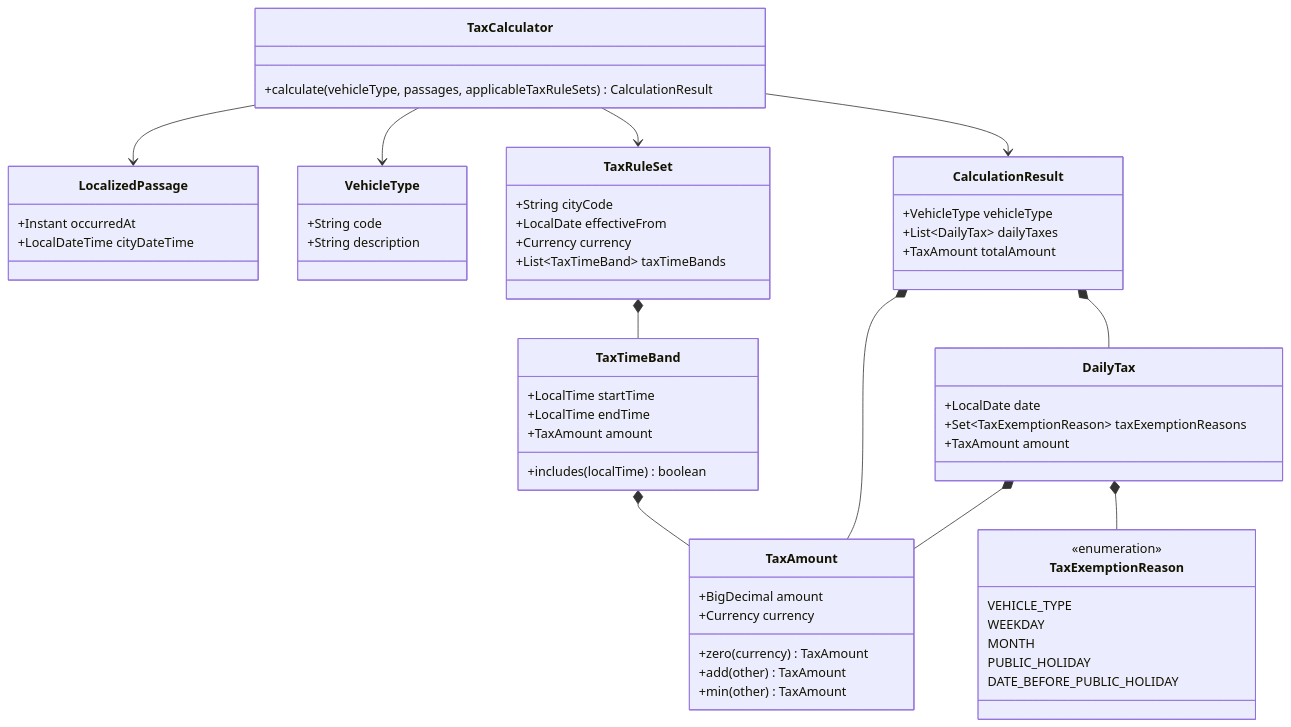
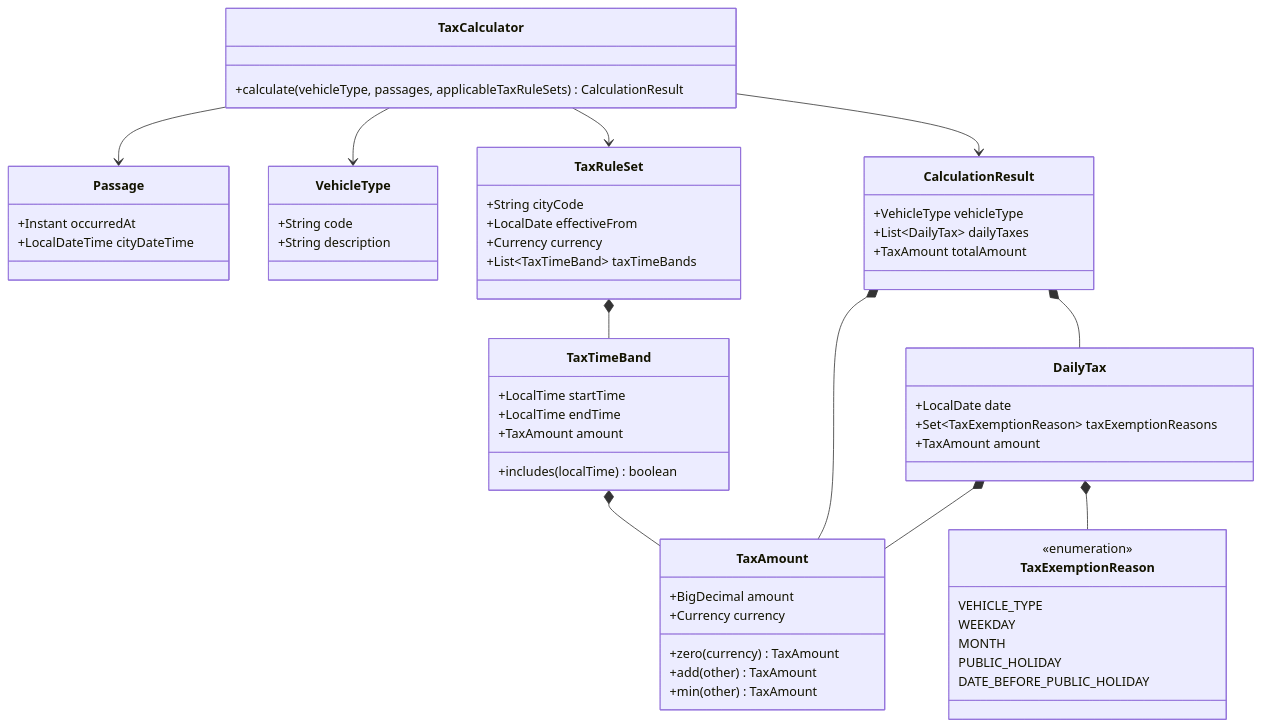
The diagram in docs/design/calculation.md (igrgin/congestion-tax-calculator), drawn with Mermaid before and after one commit. The commit also changed other lines of this file and 42 other files, not shown here.

````diff
--- a/docs/design/calculation.md
+++ b/docs/design/calculation.md
@@ -86,70 +84,70 @@
 ```mermaid
 classDiagram
     class TaxCalculator {
         +calculate(vehicleType, passages, applicableTaxRuleSets) CalculationResult
     }
 
-    class LocalizedPassage {
+    class Passage {
         +Instant occurredAt
         +LocalDateTime cityDateTime
     }
 
     class VehicleType {
         +String code
         +String description
     }
 
     class TaxRuleSet {
         +String cityCode
         +LocalDate effectiveFrom
         +Currency currency
         +List~TaxTimeBand~ taxTimeBands
     }
 
     class TaxTimeBand {
         +LocalTime startTime
         +LocalTime endTime
         +TaxAmount amount
         +includes(localTime) boolean
     }
 
     class TaxAmount {
         +BigDecimal amount
         +Currency currency
         +zero(currency) TaxAmount
         +add(other) TaxAmount
         +min(other) TaxAmount
     }
 
     class TaxExemptionReason {
         <<enumeration>>
         VEHICLE_TYPE
         WEEKDAY
         MONTH
         PUBLIC_HOLIDAY
         DATE_BEFORE_PUBLIC_HOLIDAY
     }
 
     class DailyTax {
         +LocalDate date
         +Set~TaxExemptionReason~ taxExemptionReasons
         +TaxAmount amount
     }
 
     class CalculationResult {
         +VehicleType vehicleType
         +List~DailyTax~ dailyTaxes
         +TaxAmount totalAmount
     }
 
-    TaxCalculator --> LocalizedPassage
+    TaxCalculator --> Passage
     TaxCalculator --> VehicleType
     TaxCalculator --> TaxRuleSet
     TaxCalculator --> CalculationResult
     TaxRuleSet *-- TaxTimeBand
     TaxTimeBand *-- TaxAmount
     CalculationResult *-- DailyTax
     CalculationResult *-- TaxAmount
     DailyTax *-- TaxExemptionReason
     DailyTax *-- TaxAmount
 ```
````
